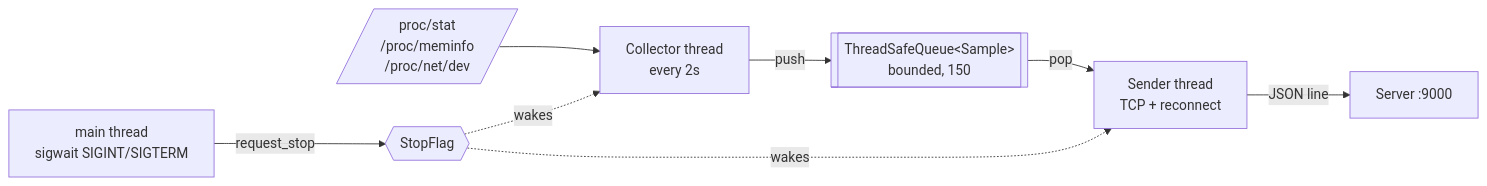
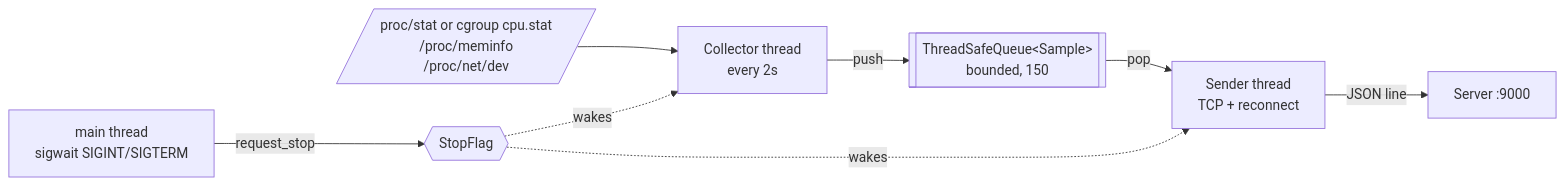
The second of 5 diagrams in docs/architecture.md (shuvat/syspulse), drawn with Mermaid before and after one commit. The commit also changed other lines of this file, not shown here.

Commit message:
Document Docker Compose deployment and per-container CPU

````diff
--- a/docs/architecture.md
+++ b/docs/architecture.md
@@ -70,15 +71,15 @@
 ```mermaid
 flowchart LR
-    PROC[/proc/stat<br/>/proc/meminfo<br/>/proc/net/dev/]
+    PROC[/proc/stat or cgroup cpu.stat<br/>/proc/meminfo<br/>/proc/net/dev/]
     C[Collector thread<br/>every 2s]
     Q[[ThreadSafeQueue&lt;Sample&gt;<br/>bounded, 150]]
     S[Sender thread<br/>TCP + reconnect]
     SRV[Server :9000]
     M[main thread<br/>sigwait SIGINT/SIGTERM]
     STOP{{StopFlag}}
 
     PROC --> C -- push --> Q -- pop --> S -- JSON line --> SRV
     M -- request_stop --> STOP
     STOP -. wakes .-> C
     STOP -. wakes .-> S
 ```
````
